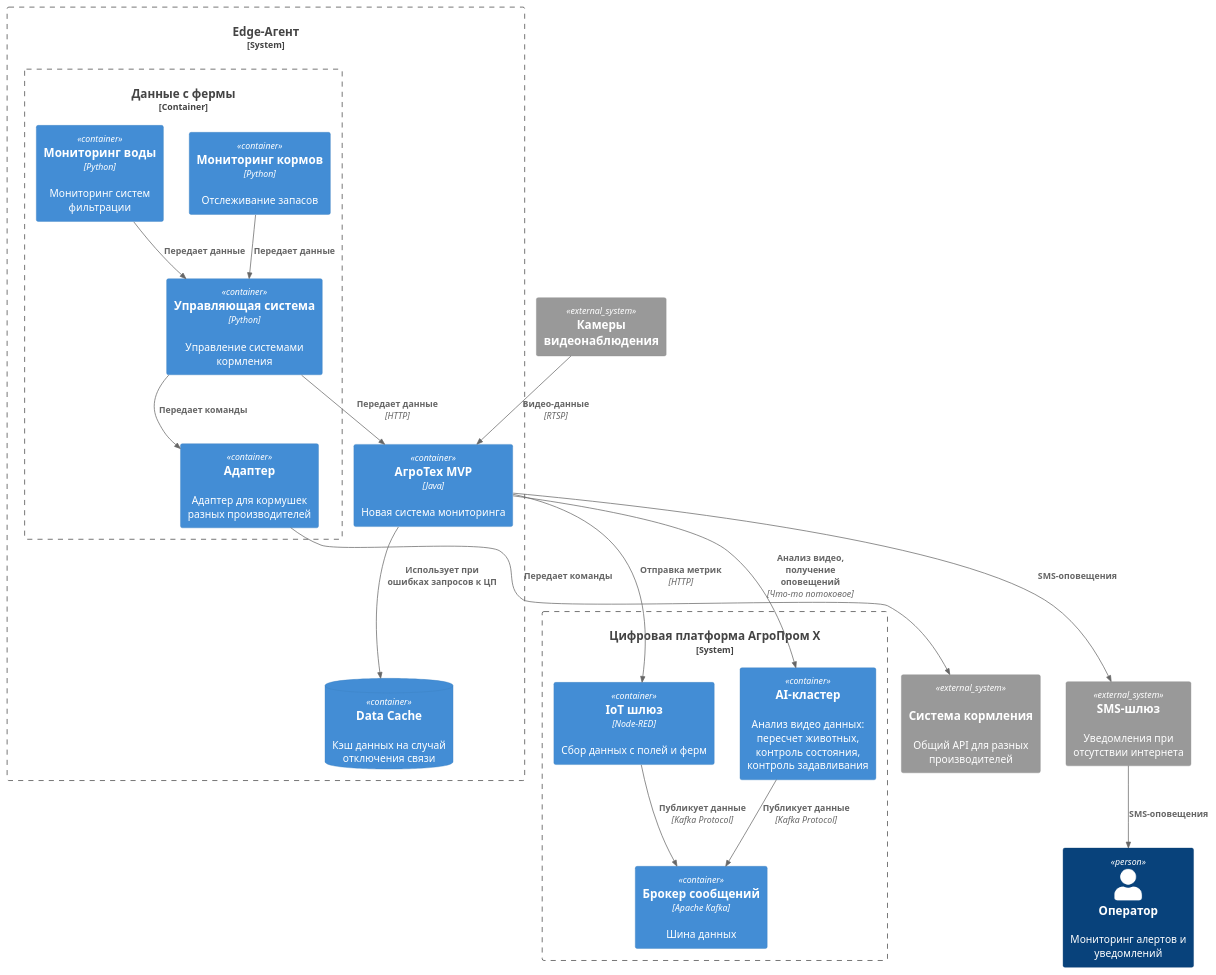
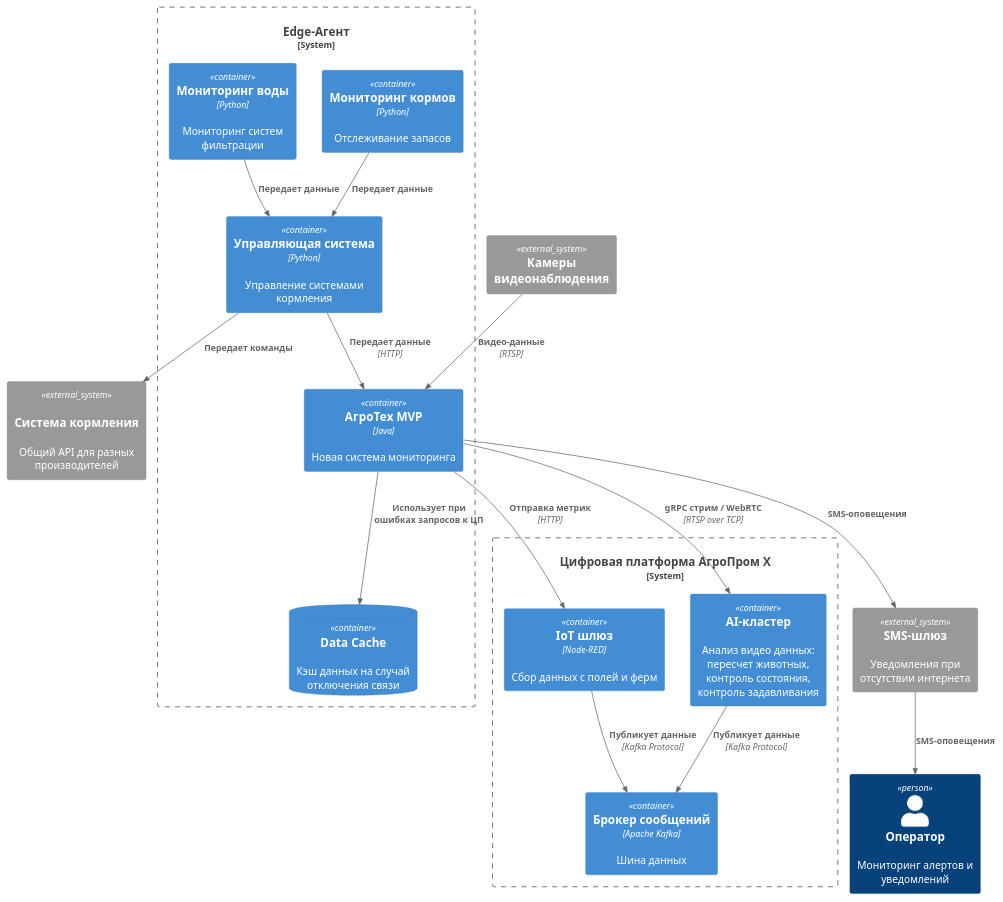
The diagram in Task2/agrotech_c2_1.puml (badKOT/MSA-AgroTech), drawn with PlantUML before and after one commit. The commit also changed 3 other files, not shown here.

```diff
--- a/Task2/agrotech_c2_1.puml
+++ b/Task2/agrotech_c2_1.puml
@@ -1,44 +1,40 @@
 @startuml
 !include https://raw.githubusercontent.com/plantuml-stdlib/C4-PlantUML/master/C4_Container.puml
 
 Person(operator, "Оператор", "Мониторинг алертов и уведомлений")
 
 System_Boundary(edge-agent, "Edge-Агент") {
     Container(agro_mvp, "АгроТех MVP", "Java", "Новая система мониторинга")
     ContainerDb(cache, "Data Cache", "", "Кэш данных на случай отключения связи")
 
-    Container_Boundary(farm_monitoring, "Данные с фермы") {
-        Container(food_mnt, "Мониторинг кормов", "Python", "Отслеживание запасов")
-        Container(water_mnt, "Мониторинг воды", "Python", "Мониторинг систем фильтрации")
-        Container(feeding_control_system, "Управляющая система", "Python", "Управление системами кормления")
-        Container(feeding_adapter, "Адаптер", "", "Адаптер для кормушек разных производителей")
-    }
+    Container(food_mnt, "Мониторинг кормов", "Python", "Отслеживание запасов")
+    Container(water_mnt, "Мониторинг воды", "Python", "Мониторинг систем фильтрации")
+    Container(feeding_control_system, "Управляющая система", "Python", "Управление системами кормления")
 }
 
 System_Boundary(current_system, "Цифровая платформа АгроПром X") {
     Container(iot_gw, "IoT шлюз", "Node-RED", "Сбор данных с полей и ферм")
     Container(ai_cluster, "AI-кластер", "", "Анализ видео данных: пересчет животных, контроль состояния, контроль задавливания")
     Container(kafka, "Брокер сообщений", "Apache Kafka", "Шина данных")
 }
 
 System_Ext(cam_vendor, "Камеры видеонаблюдения")
 System_Ext(sms_gateway, "SMS-шлюз", "Уведомления при отсутствии интернета")
 System_Ext(feeding_system, "Система кормления", "Общий API для разных производителей", "Modbus/OPC-UA")
 
 Rel(sms_gateway, operator, "SMS-оповещения")
 
 Rel(food_mnt, feeding_control_system, "Передает данные")
 Rel(water_mnt, feeding_control_system, "Передает данные")
-Rel(feeding_control_system, feeding_adapter, "Передает команды")
-Rel(feeding_adapter, feeding_system, "Передает команды")
+Rel(feeding_control_system, feeding_system, "Передает команды")
 Rel(feeding_control_system, agro_mvp, "Передает данные", "HTTP")
 
 Rel(cam_vendor, agro_mvp, "Видео-данные", "RTSP")
 Rel(agro_mvp, cache, "Использует при ошибках запросов к ЦП")
 Rel(agro_mvp, sms_gateway, "SMS-оповещения")
 Rel(agro_mvp, iot_gw, "Отправка метрик", "HTTP")
-Rel(agro_mvp, ai_cluster, "Анализ видео, получение оповещений", "Что-то потоковое")
+Rel(agro_mvp, ai_cluster, "gRPC стрим / WebRTC", "RTSP over TCP")
 Rel(iot_gw, kafka, "Публикует данные", "Kafka Protocol")
 Rel(ai_cluster, kafka, "Публикует данные", "Kafka Protocol")
 
 @enduml
```
